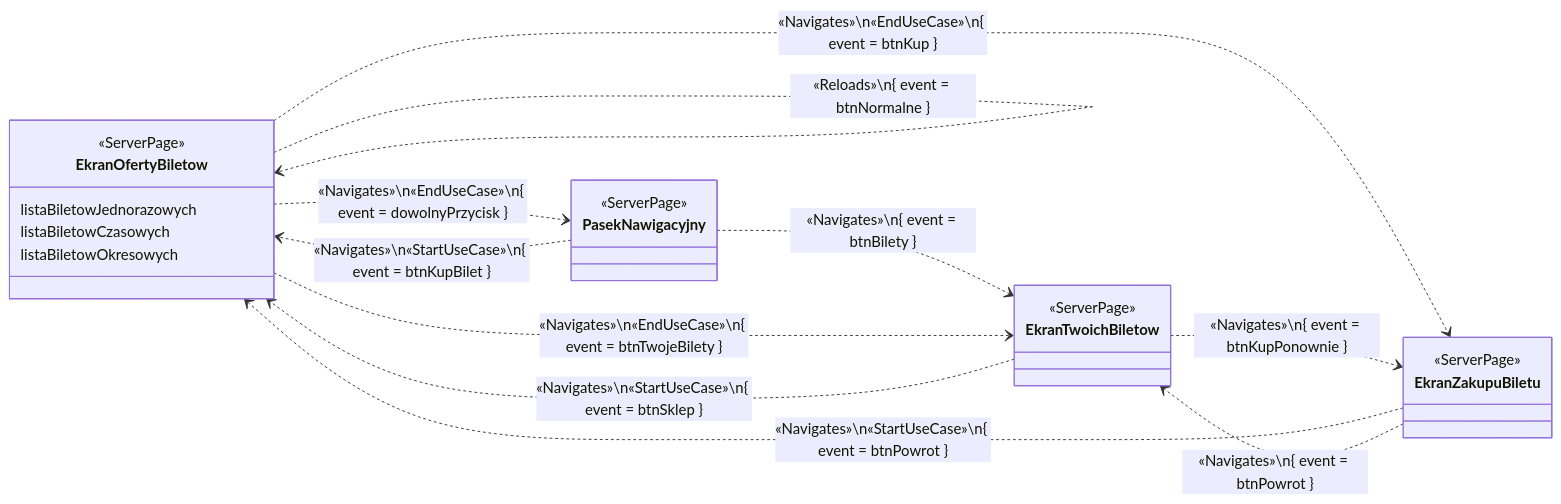
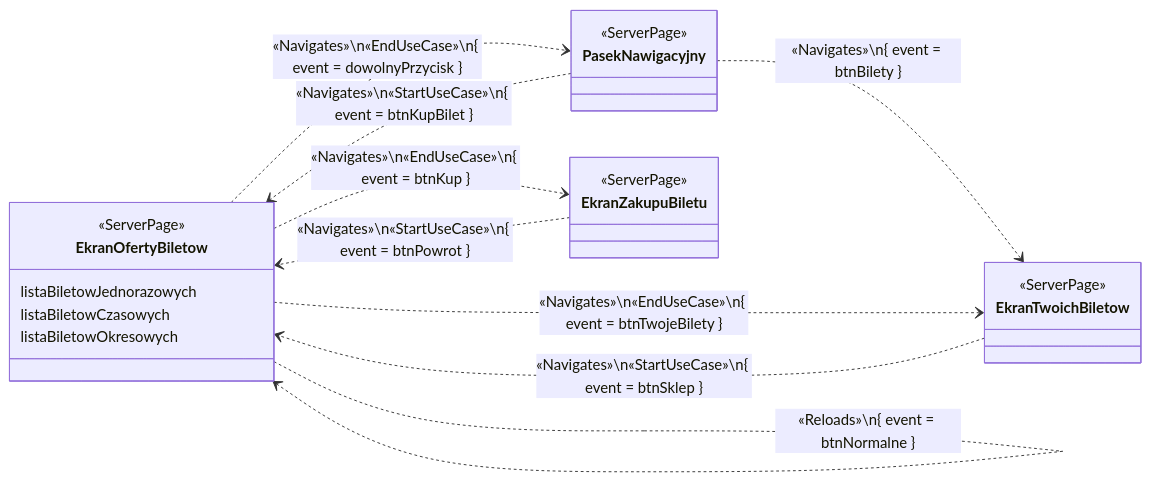
One commit to PWR-ACS-SE-24/SoftwareSystemDesign changed the seventh of 13 diagrams in documentation/course/E1.md. Above: the diagram before and after it, drawn with Mermaid. The commit also changed other lines of this file, not shown here.

Commit message:
fix nav maps (#13)

````diff
--- a/documentation/course/E1.md
+++ b/documentation/course/E1.md
@@ -772,39 +769,36 @@
 ```mermaid
 classDiagram
     direction LR
 
     class EkranOfertyBiletow {
         <<ServerPage>>
         listaBiletowJednorazowych
         listaBiletowCzasowych
         listaBiletowOkresowych
         }
 
     class PasekNawigacyjny {
         <<ServerPage>>
         }
 
     class EkranTwoichBiletow {
         <<ServerPage>>
     }
 
     class EkranZakupuBiletu {
         <<ServerPage>>
         }
 
     PasekNawigacyjny ..> EkranTwoichBiletow: «Navigates»\n{ event = btnBilety }
     PasekNawigacyjny ..> EkranOfertyBiletow: «Navigates»\n«StartUseCase»\n{ event = btnKupBilet }
     EkranOfertyBiletow ..> PasekNawigacyjny: «Navigates»\n«EndUseCase»\n{ event = dowolnyPrzycisk }
 
     EkranOfertyBiletow ..> EkranZakupuBiletu: «Navigates»\n«EndUseCase»\n{ event = btnKup }
     EkranZakupuBiletu ..> EkranOfertyBiletow: «Navigates»\n«StartUseCase»\n{ event = btnPowrot }
 
     EkranTwoichBiletow ..> EkranOfertyBiletow: «Navigates»\n«StartUseCase»\n{ event = btnSklep }
     EkranOfertyBiletow ..> EkranTwoichBiletow: «Navigates»\n«EndUseCase»\n{ event = btnTwojeBilety }
-   
-    EkranTwoichBiletow ..> EkranZakupuBiletu: «Navigates»\n{ event = btnKupPonownie }
-    EkranZakupuBiletu ..> EkranTwoichBiletow: «Navigates»\n{ event = btnPowrot }
 
     EkranOfertyBiletow ..>  EkranOfertyBiletow: «Reloads»\n{ event = btnUlgowe }
     EkranOfertyBiletow ..>  EkranOfertyBiletow: «Reloads»\n{ event = btnNormalne } 
 ```
````
